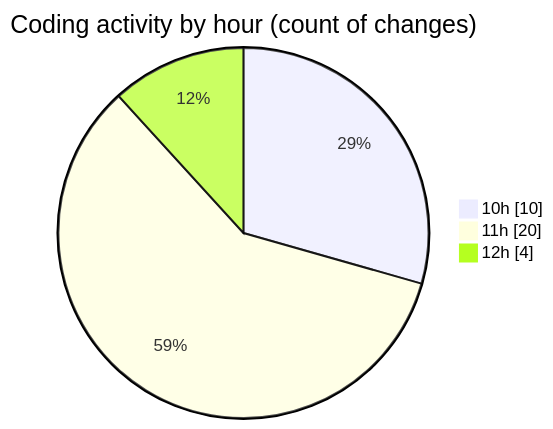
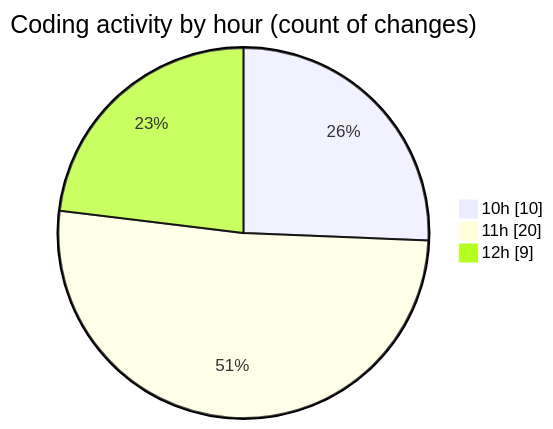
One commit to BS-eng2023/code-tracking changed the second of 2 diagrams in 2025-03-31/jsvms/README.md. Above: the diagram before and after it, drawn with Mermaid. The commit also changed other lines of this file and 1 other file, not shown here.

````diff
--- a/2025-03-31/jsvms/README.md
+++ b/2025-03-31/jsvms/README.md
@@ -40,7 +42,7 @@
 ```mermaid
 pie showData
 title Coding activity by hour (count of changes)
 "10h" : 10
 "11h" : 20
-"12h" : 4
+"12h" : 9
 ```
````
